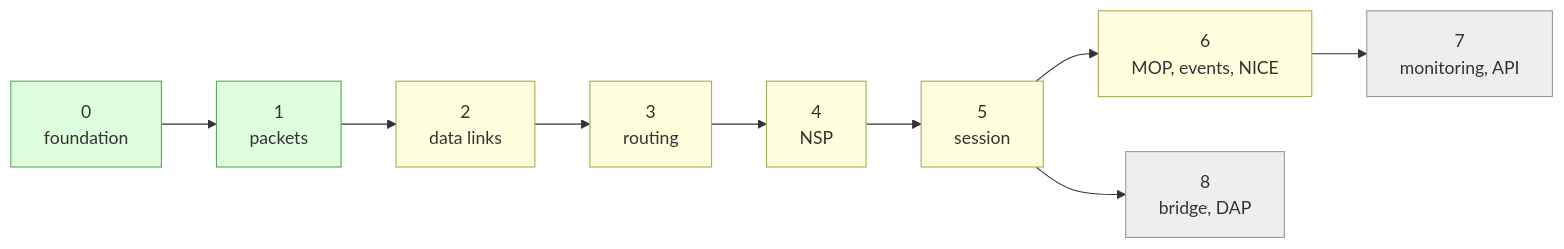
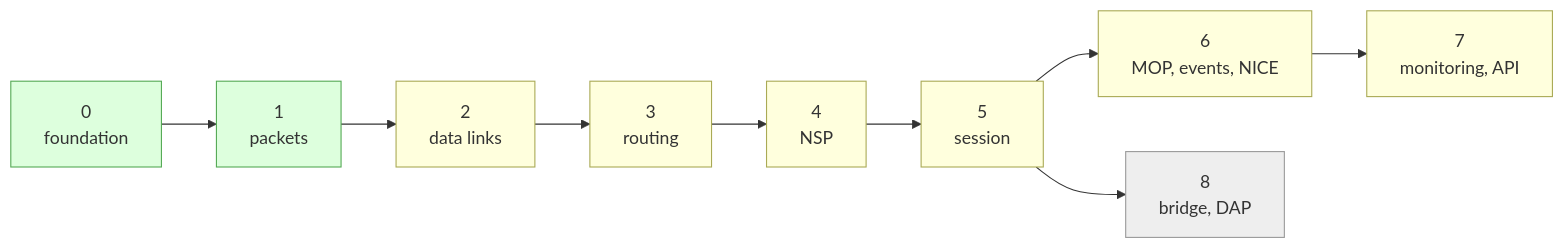
The diagram in TASKS.md (RichardPar/cppdecnet), drawn with Mermaid before and after one commit. The commit also changed other lines of this file and 48 other files, not shown here.

````diff
--- a/TASKS.md
+++ b/TASKS.md
@@ -17,18 +17,19 @@
 ```mermaid
 flowchart LR
     P0["0<br/>foundation"] --> P1["1<br/>packets"]
     P1 --> P2["2<br/>data links"]
     P2 --> P3["3<br/>routing"]
     P3 --> P4["4<br/>NSP"]
     P4 --> P5["5<br/>session"]
     P5 --> P6["6<br/>MOP, events, NICE"]
     P6 --> P7["7<br/>monitoring, API"]
     P5 --> P8["8<br/>bridge, DAP"]
 
     classDef done fill:#dfd,stroke:#5a5
     classDef part fill:#ffd,stroke:#aa5
     classDef todo fill:#eee,stroke:#999
     class P0,P1 done
     class P2,P3,P4,P5,P6 part
-    class P7,P8 todo
+    class P7 part
+    class P8 todo
 ```
````
